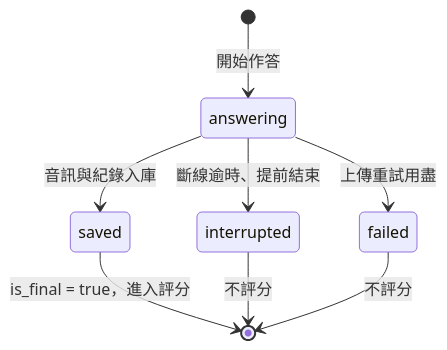
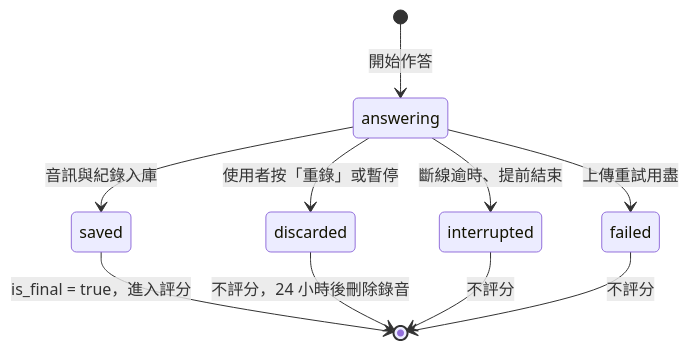
One commit to WilliamTsai1227/AI_Interview changed diagram 16 of 29 in spec/flows.md. Above: the diagram before and after it, drawn with Mermaid. The commit also changed other lines of this file and 4 other files, not shown here.

````diff
--- a/spec/flows.md
+++ b/spec/flows.md
@@ -485,10 +520,12 @@
 ```mermaid
 stateDiagram-v2
     [*] --> answering: 開始作答
     answering --> saved: 音訊與紀錄入庫
+    answering --> discarded: 使用者按「重錄」或暫停
     answering --> interrupted: 斷線逾時、提前結束
     answering --> failed: 上傳重試用盡
     saved --> [*]: is_final = true，進入評分
+    discarded --> [*]: 不評分，24 小時後刪除錄音
     interrupted --> [*]: 不評分
     failed --> [*]: 不評分
 ```
````
